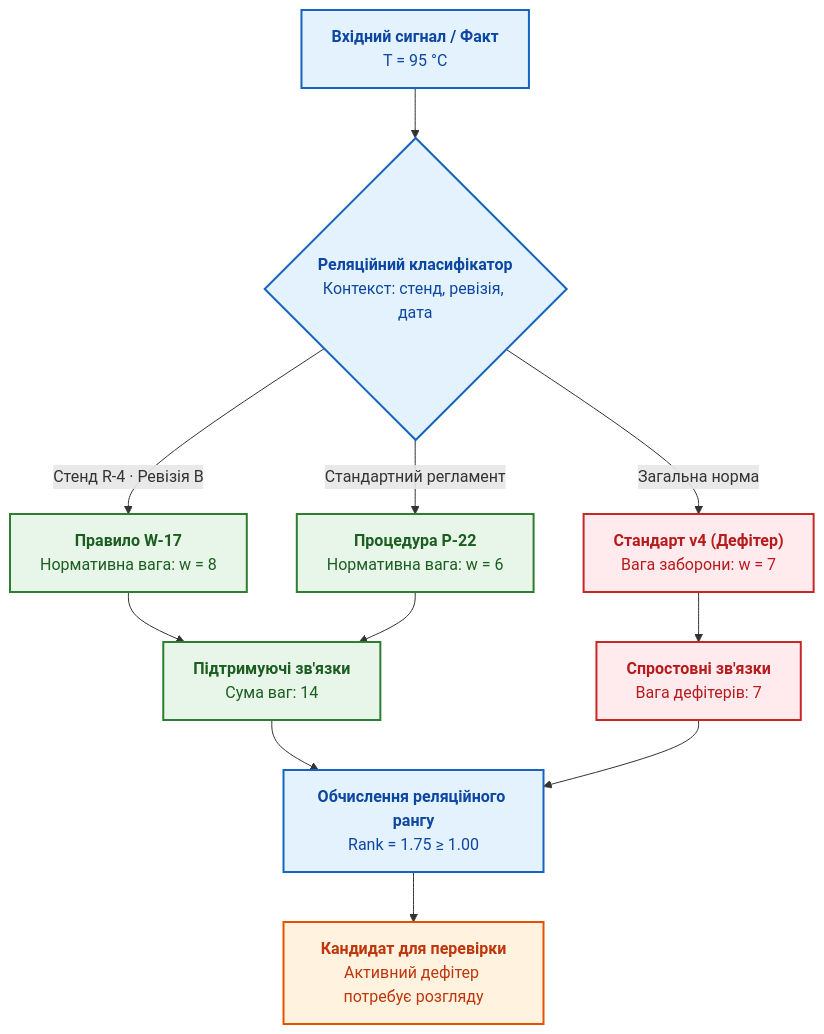
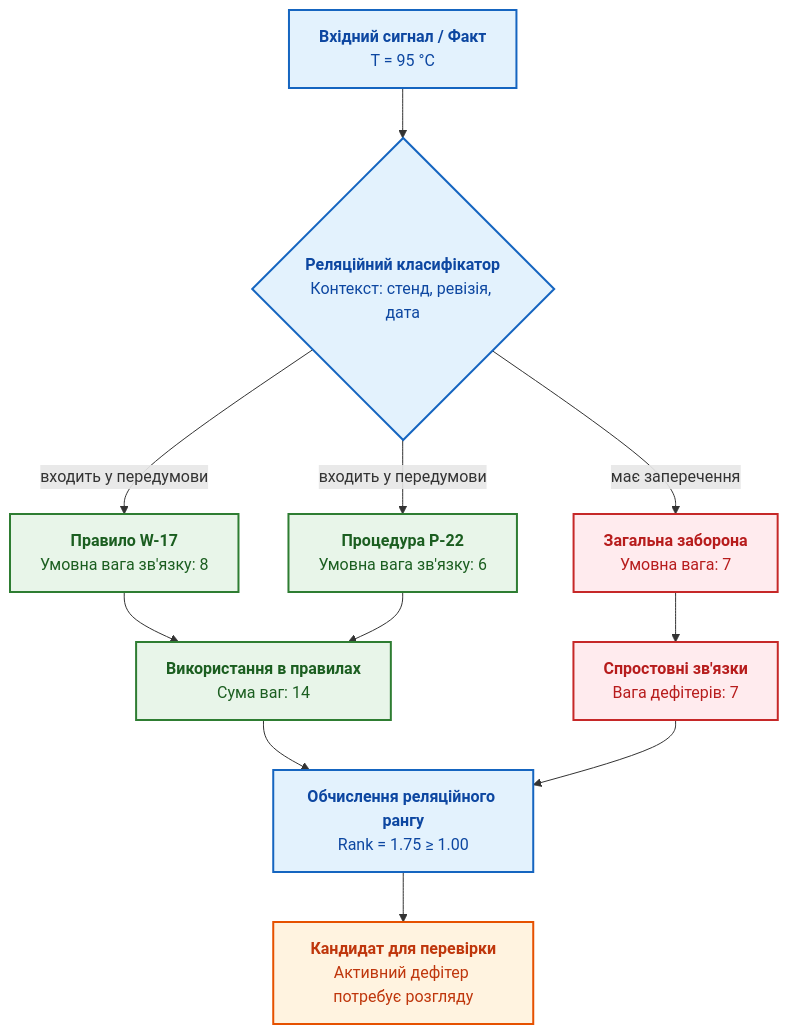
Before and after one commit to nick-fedchik/articles: the third of 9 diagrams in ExpertSystem/ch02-epistemology-of-machine-knowledge.md, drawn with Mermaid. The commit also changed other lines of this file and 19 other files, not shown here.

````diff
--- a/ExpertSystem/ch02-epistemology-of-machine-knowledge.md
+++ b/ExpertSystem/ch02-epistemology-of-machine-knowledge.md
@@ -217,27 +235,27 @@
 ```mermaid
 flowchart TD
-    accTitle: Реляційна класифікаційна решітка Гаєка в експертній системі
-    accDescr: Сенсорний сигнал або текстовий факт класифікується відносно контексту, правил допуску та заперечувальних обставин для формування деонтичного статусу.
+  accTitle: Авторська евристика реляційного рангу кандидата
+    accDescr: Два правила використовують факт як передумову, а одна заперечувальна обставина знижує його ранг. Результат задає порядок подальшої перевірки, а не нормативний дозвіл.
 
     S["<b>Вхідний сигнал / Факт</b><br/>T = 95 °C"] --> C{"<b>Реляційний класифікатор</b><br/>Контекст: стенд, ревізія, дата"}
-    C -->|"Стенд R-4 · Ревізія B"| R1["<b>Правило W-17</b><br/>Нормативна вага: w = 8"]
-    C -->|"Стандартний регламент"| R2["<b>Процедура P-22</b><br/>Нормативна вага: w = 6"]
-    C -->|"Загальна норма"| D1["<b>Стандарт v4 (Дефітер)</b><br/>Вага заборони: w = 7"]
+    C -->|"входить у передумови"| R1["<b>Правило W-17</b><br/>Умовна вага зв'язку: 8"]
+    C -->|"входить у передумови"| R2["<b>Процедура P-22</b><br/>Умовна вага зв'язку: 6"]
+    C -->|"має заперечення"| D1["<b>Загальна заборона</b><br/>Умовна вага: 7"]
 
-    R1 & R2 --> NUM["<b>Підтримуючі зв'язки</b><br/>Сума ваг: 14"]
+    R1 & R2 --> NUM["<b>Використання в правилах</b><br/>Сума ваг: 14"]
     D1 --> DEN["<b>Спростовні зв'язки</b><br/>Вага дефітерів: 7"]
 
     NUM & DEN --> EVAL["<b>Обчислення реляційного рангу</b><br/>Rank = 1.75 ≥ 1.00"]
     EVAL --> RES["<b>Кандидат для перевірки</b><br/>Активний дефітер потребує розгляду"]
 
     classDef in fill:#e3f2fd,stroke:#1565c0,stroke-width:2px,color:#0d47a1;
     classDef rule fill:#e8f5e9,stroke:#2e7d32,stroke-width:2px,color:#1b5e20;
     classDef def fill:#ffebee,stroke:#c62828,stroke-width:2px,color:#b71c1c;
     classDef act fill:#fff3e0,stroke:#e65100,stroke-width:2px,color:#bf360c;
 
     class S in;
     class C,EVAL in;
     class R1,R2,NUM rule;
     class D1,DEN def;
     class RES act;
 ```
````
